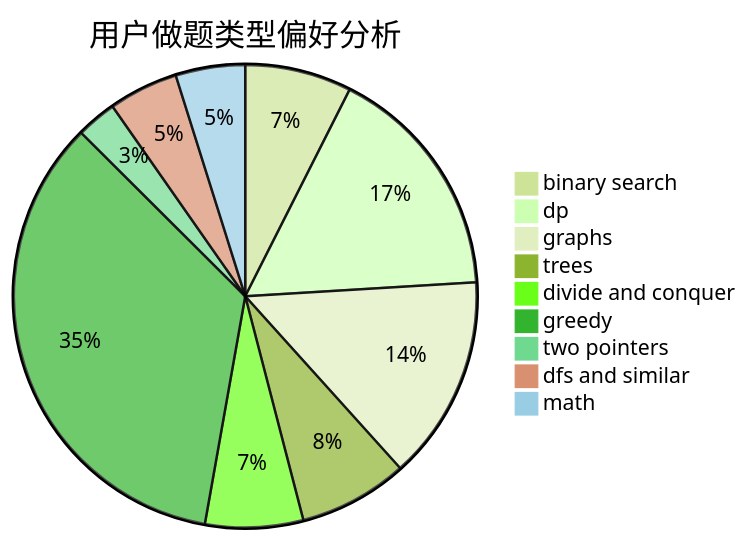
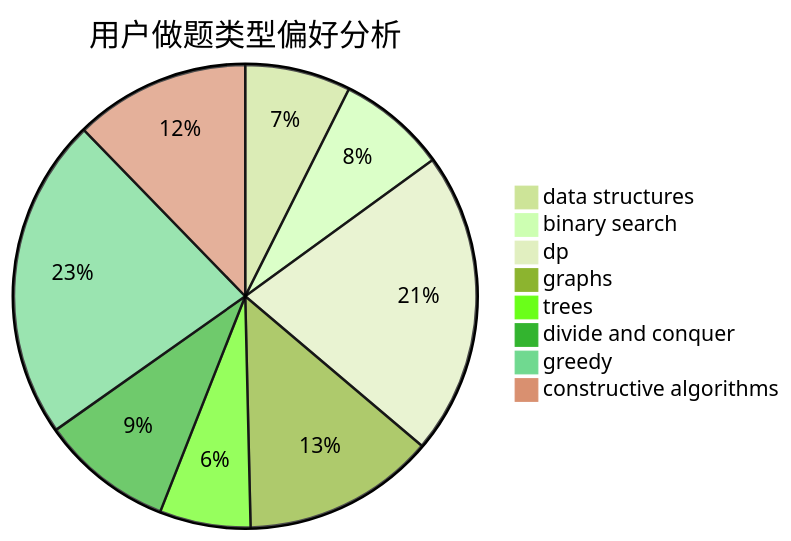
One commit to sherpahu/cfrs.github.io changed the second of 3 diagrams in docs/user/u64.md. Above: the diagram before and after it, drawn with Mermaid (forest theme). The commit also changed other lines of this file and 2775 other files, not shown here.

````diff
--- a/docs/user/u64.md
+++ b/docs/user/u64.md
@@ -23,12 +23,11 @@
 ```mermaid
 pie title 用户做题类型偏好分析
-    "binary search" :  161
-    "dp" :  359
-    "graphs" :  309
-    "trees" :  165
-    "divide and conquer" :  148
-    "greedy" :  750
-    "two pointers" :  61
-    "dfs and similar" :  105
-    "math" :  105
+    "data structures" :  100
+    "binary search" :  103
+    "dp" :  287
+    "graphs" :  182
+    "trees" :  86
+    "divide and conquer" :  125
+    "greedy" :  305
+    "constructive algorithms" :  166
 ```
````
